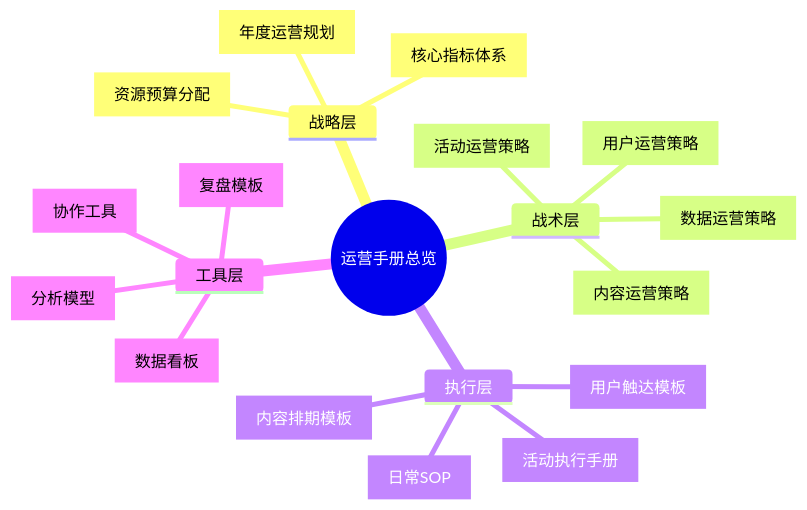
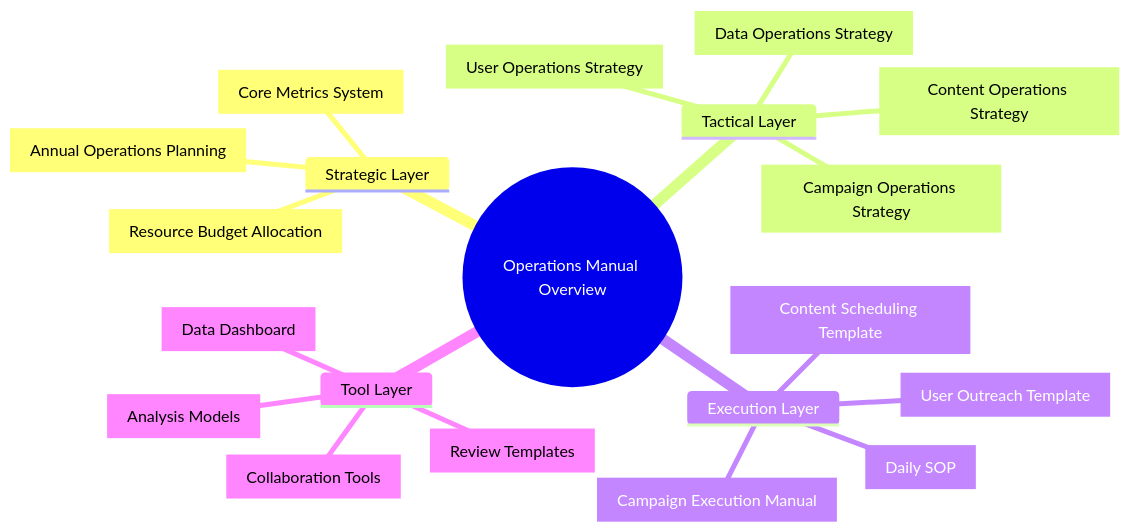
The first of 9 diagrams in templates/产品/运营层/【模板】运营手册.md (Kirky-X/cangjie), drawn with Mermaid before and after one commit. The commit also changed other lines of this file and 60 other files, not shown here.

````diff
--- a/templates/产品/运营层/【模板】运营手册.md
+++ b/templates/产品/运营层/【模板】运营手册.md
@@ -59,23 +59,23 @@
 ```mermaid
 mindmap
-  root((运营手册总览))
-    战略层
-      [年度运营规划]
-      [核心指标体系]
-      [资源预算分配]
-    战术层
-      [用户运营策略]
-      [内容运营策略]
-      [活动运营策略]
-      [数据运营策略]
-    执行层
-      [日常SOP]
-      [活动执行手册]
-      [内容排期模板]
-      [用户触达模板]
-    工具层
-      [数据看板]
-      [分析模型]
-      [复盘模板]
-      [协作工具]
+  root((Operations Manual Overview))
+    Strategic Layer
+      [Annual Operations Planning]
+      [Core Metrics System]
+      [Resource Budget Allocation]
+    Tactical Layer
+      [User Operations Strategy]
+      [Content Operations Strategy]
+      [Campaign Operations Strategy]
+      [Data Operations Strategy]
+    Execution Layer
+      [Daily SOP]
+      [Campaign Execution Manual]
+      [Content Scheduling Template]
+      [User Outreach Template]
+    Tool Layer
+      [Data Dashboard]
+      [Analysis Models]
+      [Review Templates]
+      [Collaboration Tools]
 ```
````
